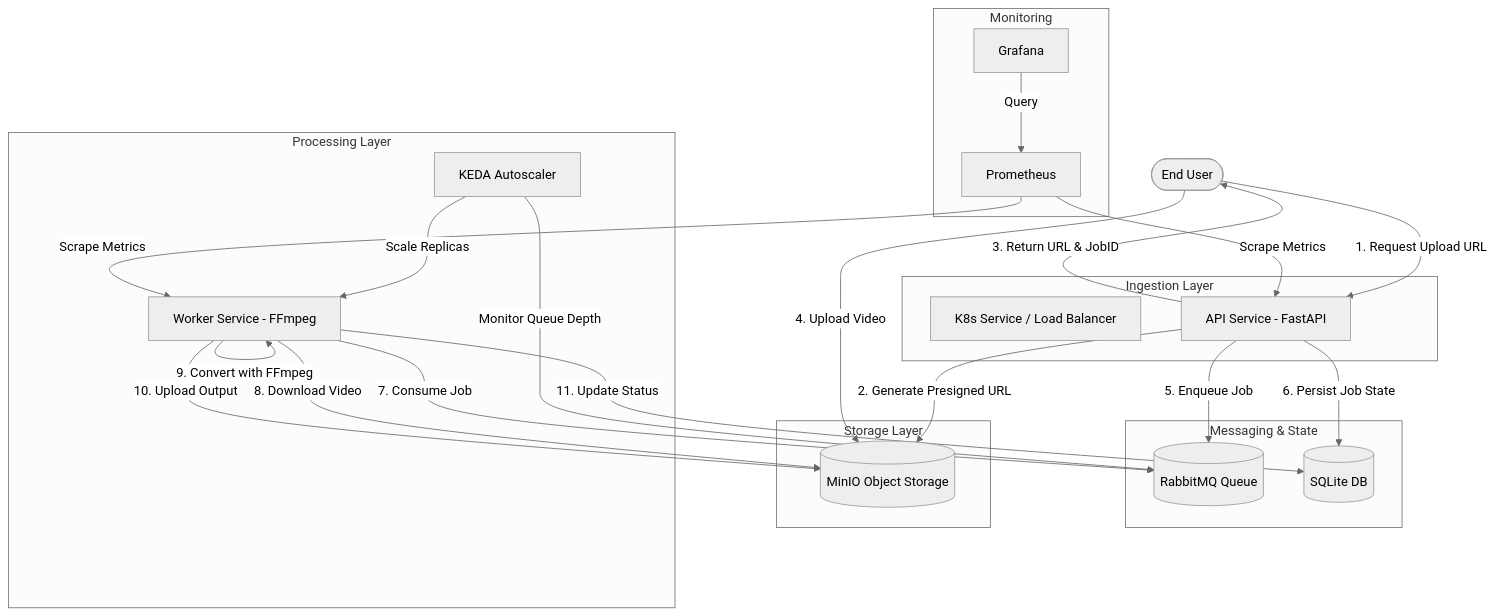
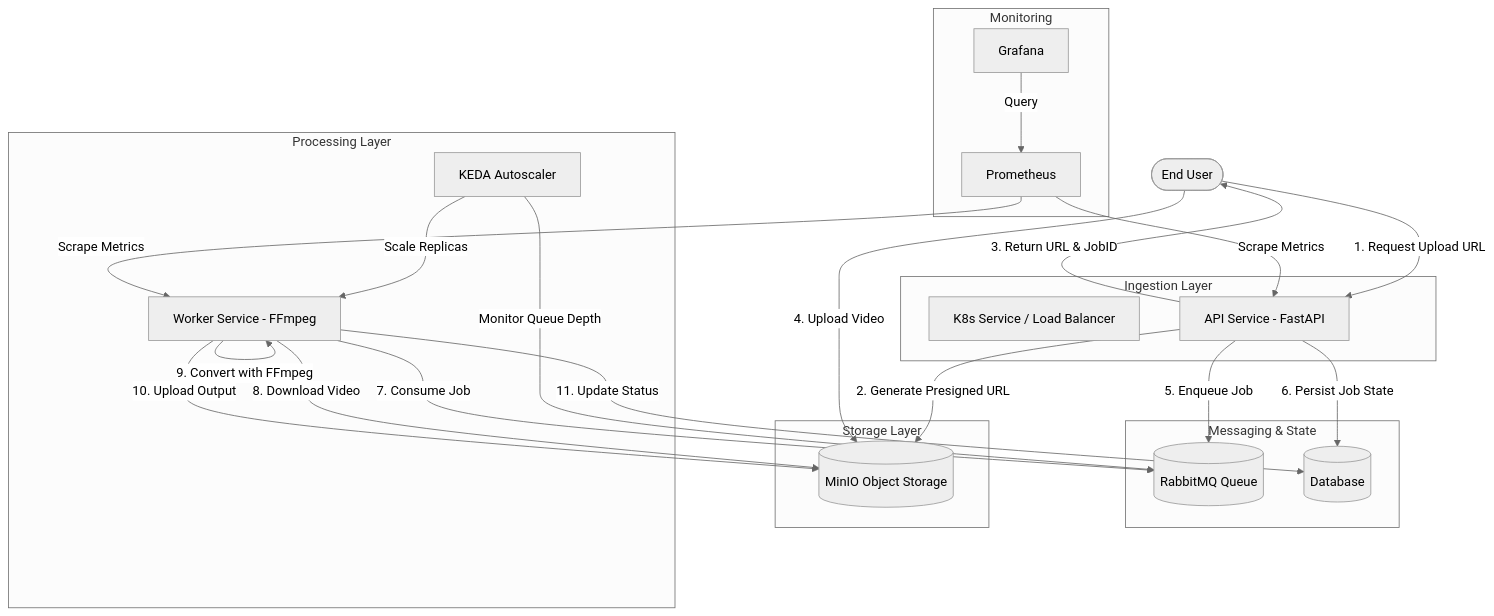
Before and after one commit to Yeet94/Cloud-Video-Conversion-System: the diagram in README.md, drawn with Mermaid (neutral theme). The commit also changed other lines of this file and 35 other files, not shown here.

````diff
--- a/README.md
+++ b/README.md
@@ -10,49 +10,49 @@
 ```mermaid
 graph TD
     User([End User])
     
     subgraph "Ingestion Layer"
         LoadBalancer[K8s Service / Load Balancer]
         API[API Service - FastAPI]
     end
     
     subgraph "Messaging & State"
         RabbitMQ[(RabbitMQ Queue)]
-        SQLite[(SQLite DB)]
+        Database[(Database)]
     end
     
     subgraph "Storage Layer"
         MinIO[(MinIO Object Storage)]
     end
     
     subgraph "Processing Layer"
         Worker[Worker Service - FFmpeg]
         KEDA[KEDA Autoscaler]
     end
     
     subgraph "Monitoring"
         Prometheus[Prometheus]
         Grafana[Grafana]
     end
 
     User -->|1. Request Upload URL| API
     API -->|2. Generate Presigned URL| MinIO
     API -->|3. Return URL & JobID| User
     User -->|4. Upload Video| MinIO
     
     API -->|5. Enqueue Job| RabbitMQ
-    API -->|6. Persist Job State| SQLite
+    API -->|6. Persist Job State| Database
     
     KEDA -->|Monitor Queue Depth| RabbitMQ
     KEDA -->|Scale Replicas| Worker
     
     Worker -->|7. Consume Job| RabbitMQ
     Worker -->|8. Download Video| MinIO
     Worker -->|9. Convert with FFmpeg| Worker
     Worker -->|10. Upload Output| MinIO
-    Worker -->|11. Update Status| SQLite
+    Worker -->|11. Update Status| Database
     
     Prometheus -->|Scrape Metrics| API
     Prometheus -->|Scrape Metrics| Worker
     Grafana -->|Query| Prometheus
 ```
````
